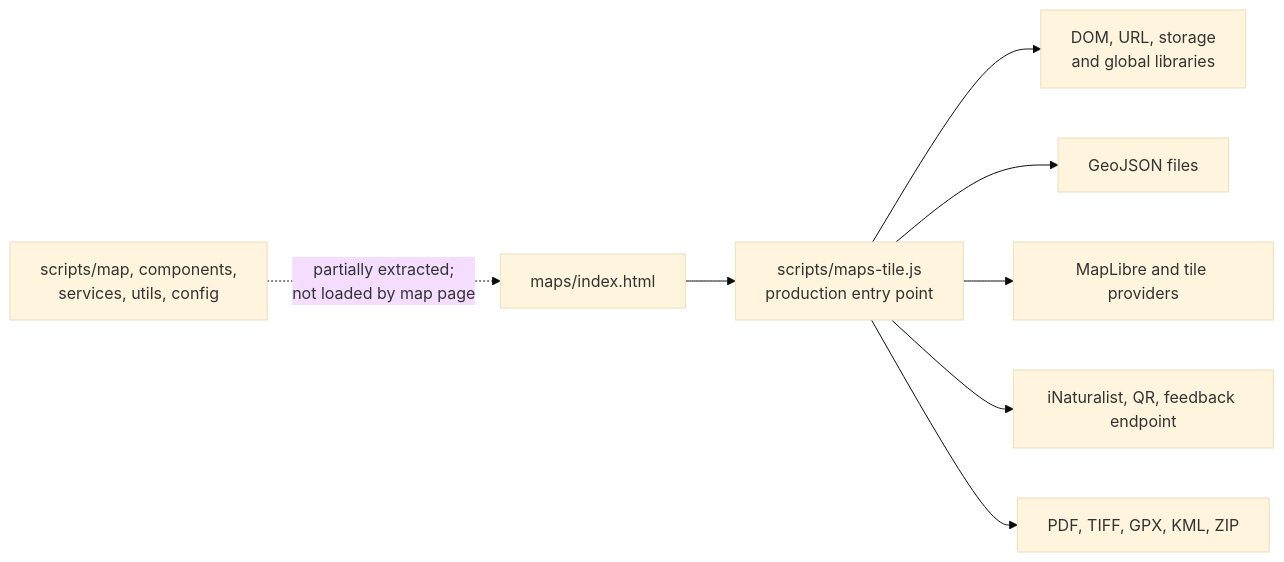
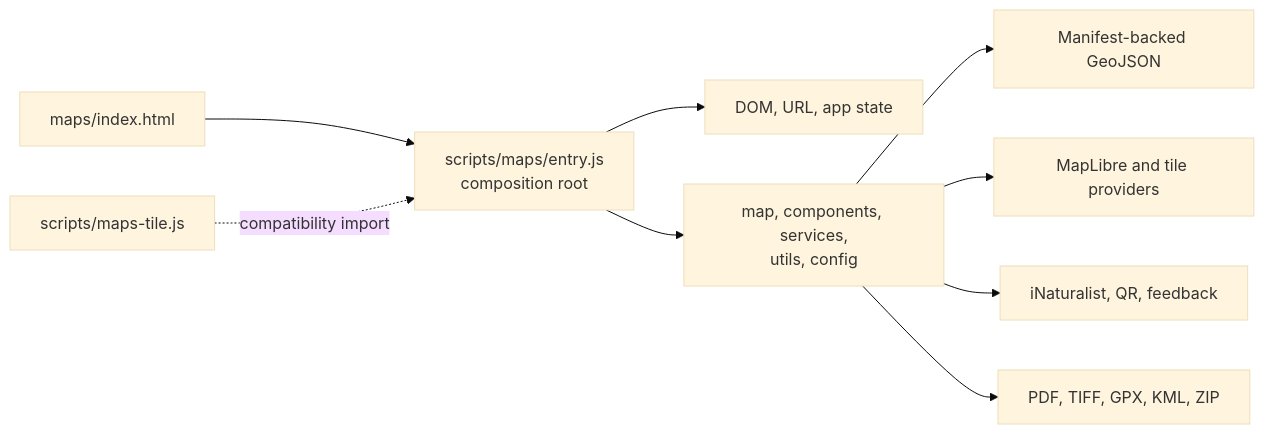
The diagram in docs/refactor-assessment.md (serene-enchante/Fovea-Website), drawn with Mermaid (base theme) before and after one commit. The commit also changed other lines of this file and 1 other file, not shown here.

````diff
--- a/docs/refactor-assessment.md
+++ b/docs/refactor-assessment.md
@@ -32,11 +38,11 @@
 ```mermaid
 flowchart LR
-  Page["maps/index.html"] --> Legacy["scripts/maps-tile.js\nproduction entry point"]
-  Legacy --> Browser["DOM, URL, storage\nand global libraries"]
-  Legacy --> Geo["GeoJSON files"]
-  Legacy --> Map["MapLibre and tile providers"]
-  Legacy --> External["iNaturalist, QR, feedback endpoint"]
-  Legacy --> Export["PDF, TIFF, GPX, KML, ZIP"]
-
-  Modules["scripts/map, components,\nservices, utils, config"] -. "partially extracted;\nnot loaded by map page" .-> Page
+  Page["maps/index.html"] --> Entry["scripts/maps/entry.js\ncomposition root"]
+  Entry --> Browser["DOM, URL, app state"]
+  Entry --> Modules["map, components, services,\nutils, config"]
+  Modules --> Geo["Manifest-backed GeoJSON"]
+  Modules --> Map["MapLibre and tile providers"]
+  Modules --> External["iNaturalist, QR, feedback"]
+  Modules --> Export["PDF, TIFF, GPX, KML, ZIP"]
+  Shim["scripts/maps-tile.js"] -. "compatibility import" .-> Entry
 ```
````
